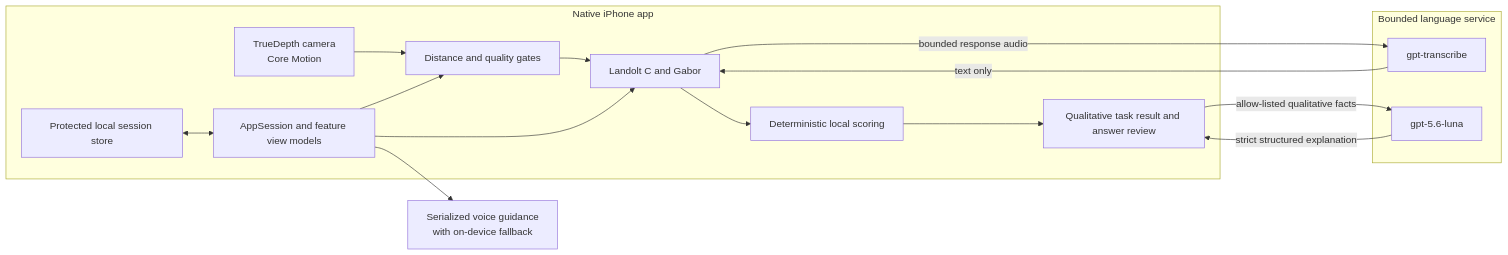
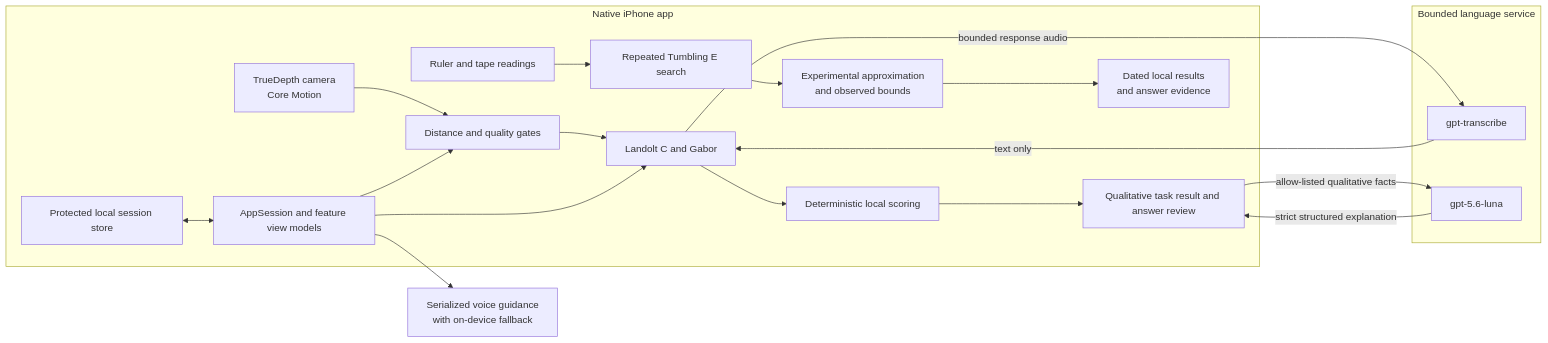
One commit to surtecha/SeeNA changed the diagram in README.md. Above: the diagram before and after it, drawn with Mermaid. The commit also changed other lines of this file and 17 other files, not shown here.

Commit message:
docs: launch SeeNA with fresh product film and dated-results guide

````diff
--- a/README.md
+++ b/README.md
@@ -95,23 +120,26 @@
 ```mermaid
 flowchart LR
     subgraph Phone[Native iPhone app]
         Sensors[TrueDepth camera<br/>Core Motion] --> Quality[Distance and quality gates]
         Quality --> Tasks[Landolt C and Gabor]
         Tasks --> Score[Deterministic local scoring]
         Score --> Result[Qualitative task result and answer review]
         Session[AppSession and feature view models] --> Quality
         Session --> Tasks
         Store[Protected local session store] <--> Session
+        Helper[Ruler and tape readings] --> Endpoint[Repeated Tumbling E search]
+        Endpoint --> Estimate[Experimental approximation<br/>and observed bounds]
+        Estimate --> History[Dated local results<br/>and answer evidence]
     end
 
     subgraph Service[Bounded language service]
         Transcribe[gpt-transcribe]
         Explain[gpt-5.6-luna]
     end
 
     Tasks -->|bounded response audio| Transcribe
     Transcribe -->|text only| Tasks
     Result -->|allow-listed qualitative facts| Explain
     Explain -->|strict structured explanation| Result
     Session --> Guide[Serialized voice guidance<br/>with on-device fallback]
 ```
````
